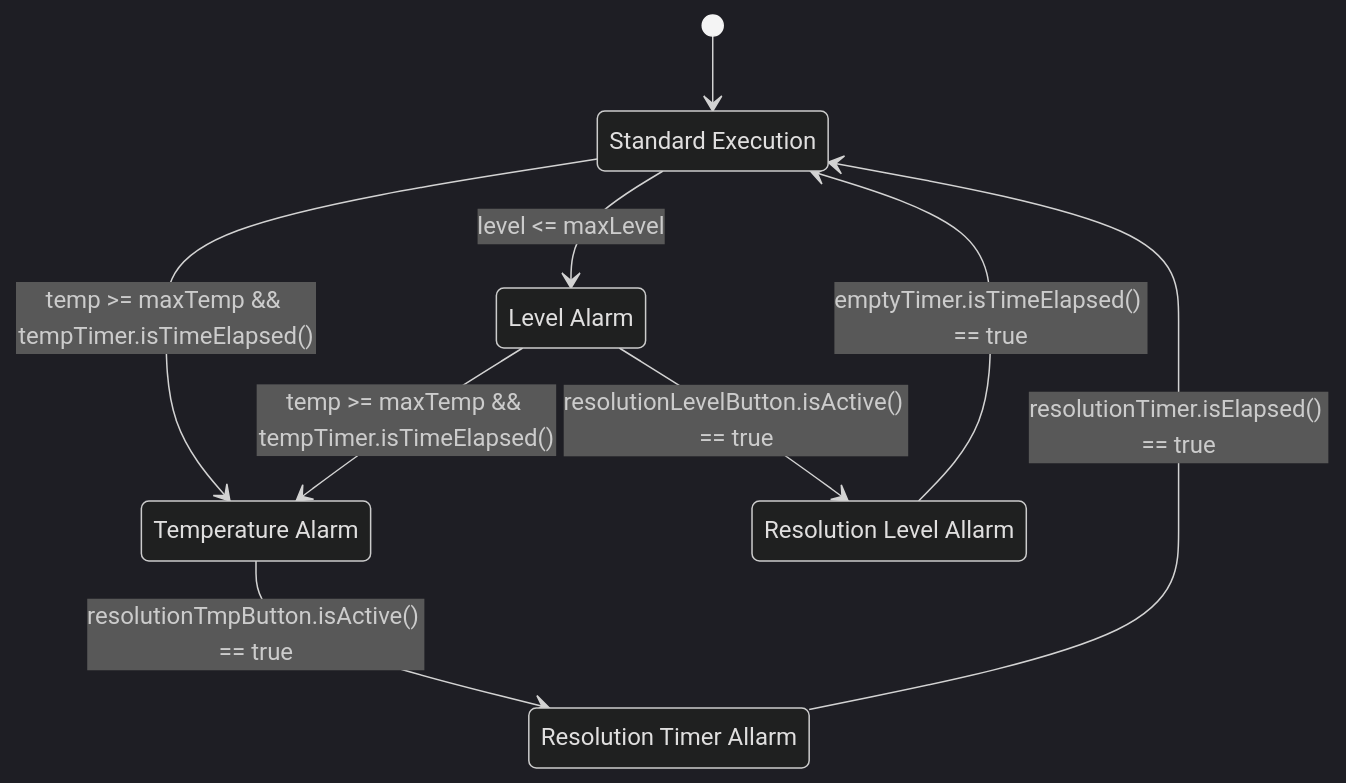
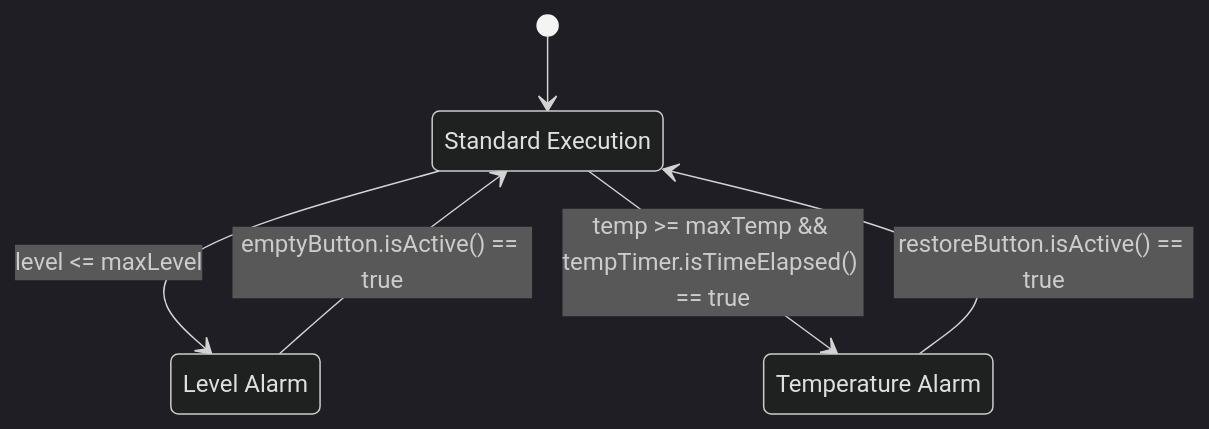
One commit to GiuseppeGambacorta/IOT-Project2 changed the third of 6 diagrams in IOT-project2/doc/documentation.md. Above: the diagram before and after it, drawn with Mermaid (dark theme). The commit also changed other lines of this file, not shown here.

````diff
--- a/IOT-project2/doc/documentation.md
+++ b/IOT-project2/doc/documentation.md
@@ -178,22 +178,17 @@
 ```mermaid
+
 stateDiagram-v2
     [*] --> STD_EXEC
 
     STD_EXEC: Standard Execution
     LVL_ALLARM: Level Alarm
     TEMP_ALLARM: Temperature Alarm
-    LVL_TIME: Resolution Level Allarm
-    TEMP_TIME: Resolution Timer Allarm
 
     STD_EXEC --> LVL_ALLARM : level <= maxLevel
-    STD_EXEC --> TEMP_ALLARM : temp >= maxTemp && tempTimer.isTimeElapsed()
+    STD_EXEC --> TEMP_ALLARM : temp >= maxTemp && tempTimer.isTimeElapsed() == true
 
-    LVL_ALLARM --> LVL_TIME : resolutionLevelButton.isActive() == true
-    LVL_ALLARM --> TEMP_ALLARM : temp >= maxTemp && tempTimer.isTimeElapsed()
+    LVL_ALLARM --> STD_EXEC : emptyButton.isActive() == true
 
-    TEMP_ALLARM --> TEMP_TIME : resolutionTmpButton.isActive() == true
+    TEMP_ALLARM --> STD_EXEC : restoreButton.isActive() == true
 
-    LVL_TIME --> STD_EXEC : emptyTimer.isTimeElapsed() == true
-
-    TEMP_TIME --> STD_EXEC : resolutionTimer.isElapsed() == true
 ```
````
